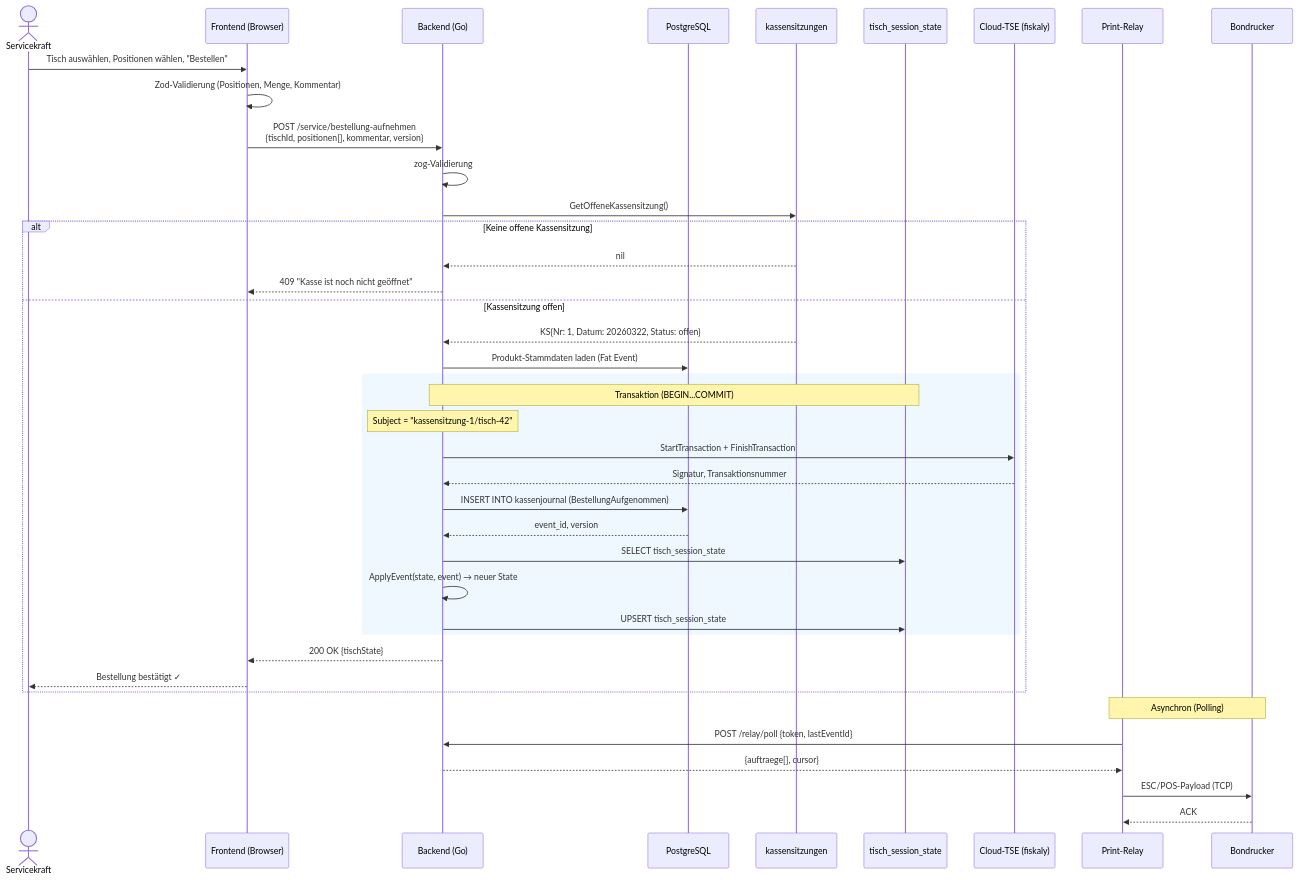
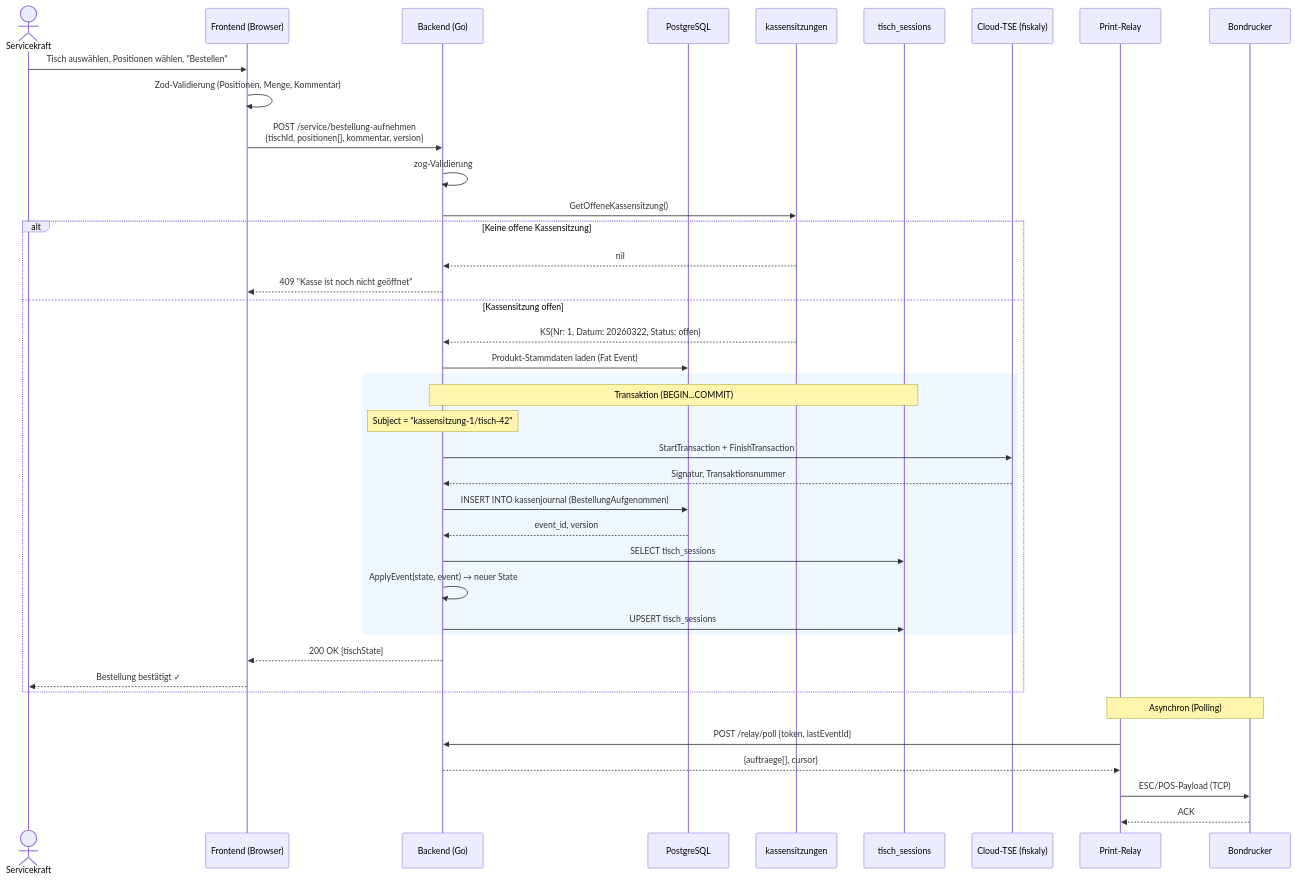
Before and after one commit to nicograef/jotti: the seventh of 19 diagrams in docs/diagrams.md, drawn with Mermaid. The commit also changed other lines of this file and 22 other files, not shown here.

Commit message:
rename!: tisch_session_state to tisch_sessions

````diff
--- a/docs/diagrams.md
+++ b/docs/diagrams.md
@@ -233,47 +233,47 @@
 ```mermaid
 sequenceDiagram
     actor SK as Servicekraft
     participant FE as Frontend (Browser)
     participant BE as Backend (Go)
     participant DB as PostgreSQL
     participant KSP as kassensitzungen
-    participant TSS as tisch_session_state
+    participant TSS as tisch_sessions
     participant TSE as Cloud-TSE (fiskaly)
     participant Relay as Print-Relay
     participant Drucker as Bondrucker
 
     SK->>FE: Tisch auswählen, Positionen wählen, "Bestellen"
     FE->>FE: Zod-Validierung (Positionen, Menge, Kommentar)
     FE->>BE: POST /service/bestellung-aufnehmen<br/>{tischId, positionen[], kommentar, version}
     BE->>BE: zog-Validierung
     BE->>KSP: GetOffeneKassensitzung()
 
     alt Keine offene Kassensitzung
         KSP-->>BE: nil
         BE-->>FE: 409 "Kasse ist noch nicht geöffnet"
     else Kassensitzung offen
         KSP-->>BE: KS{Nr: 1, Datum: 20260322, Status: offen}
         BE->>DB: Produkt-Stammdaten laden (Fat Event)
 
         rect rgb(240, 248, 255)
             Note over BE,TSS: Transaktion (BEGIN...COMMIT)
             Note over BE: Subject = "kassensitzung-1/tisch-42"
             BE->>TSE: StartTransaction + FinishTransaction
             TSE-->>BE: Signatur, Transaktionsnummer
             BE->>DB: INSERT INTO kassenjournal (BestellungAufgenommen)
             DB-->>BE: event_id, version
-            BE->>TSS: SELECT tisch_session_state
+            BE->>TSS: SELECT tisch_sessions
             BE->>BE: ApplyEvent(state, event) → neuer State
-            BE->>TSS: UPSERT tisch_session_state
+            BE->>TSS: UPSERT tisch_sessions
         end
 
         BE-->>FE: 200 OK {tischState}
         FE-->>SK: Bestellung bestätigt ✓
     end
 
     Note over Relay,Drucker: Asynchron (Polling)
     Relay->>BE: POST /relay/poll {token, lastEventId}
     BE-->>Relay: {auftraege[], cursor}
     Relay->>Drucker: ESC/POS-Payload (TCP)
     Drucker-->>Relay: ACK
 ```
````
